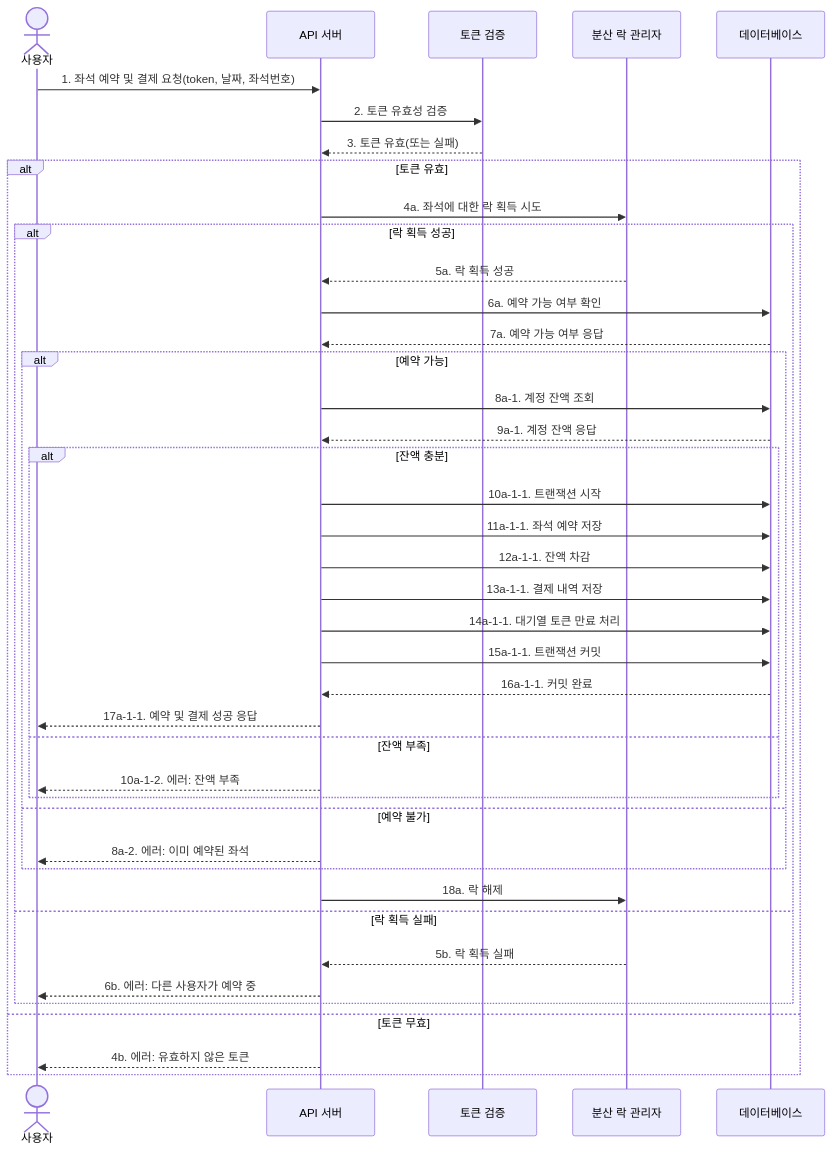
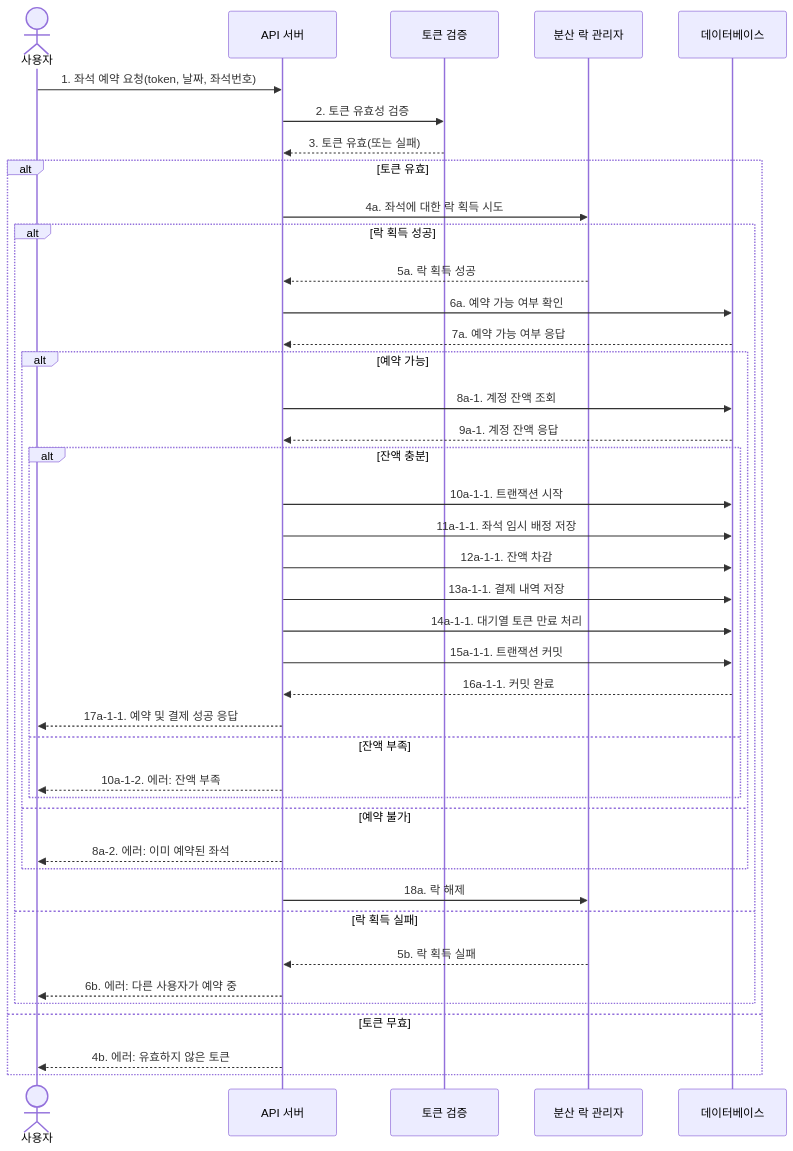
The third of 4 diagrams in docs/architecture.md (emptycircle26/hhplus-server-kotlin), drawn with Mermaid before and after one commit. The commit also changed other lines of this file and 1 other file, not shown here.

Commit message:
[DOC] update architecture documentation for seat reservation API

````diff
--- a/docs/architecture.md
+++ b/docs/architecture.md
@@ -157,48 +159,48 @@
 ```mermaid
 sequenceDiagram
     actor 사용자
     participant API as API 서버
     participant Auth as 토큰 검증
     participant Lock as 분산 락 관리자
     participant DB as 데이터베이스
 
-    사용자->>API: 1. 좌석 예약 및 결제 요청(token, 날짜, 좌석번호)
+    사용자->>API: 1. 좌석 예약 요청(token, 날짜, 좌석번호)
     API->>Auth: 2. 토큰 유효성 검증
     Auth-->>API: 3. 토큰 유효(또는 실패)
     
     alt 토큰 유효
         API->>Lock: 4a. 좌석에 대한 락 획득 시도
         alt 락 획득 성공
             Lock-->>API: 5a. 락 획득 성공
             API->>DB: 6a. 예약 가능 여부 확인
             DB-->>API: 7a. 예약 가능 여부 응답
             
             alt 예약 가능
                 API->>DB: 8a-1. 계정 잔액 조회
                 DB-->>API: 9a-1. 계정 잔액 응답
                 
                 alt 잔액 충분
                     API->>DB: 10a-1-1. 트랜잭션 시작
-                    API->>DB: 11a-1-1. 좌석 예약 저장
+                    API->>DB: 11a-1-1. 좌석 임시 배정 저장
                     API->>DB: 12a-1-1. 잔액 차감
                     API->>DB: 13a-1-1. 결제 내역 저장
                     API->>DB: 14a-1-1. 대기열 토큰 만료 처리
                     API->>DB: 15a-1-1. 트랜잭션 커밋
                     DB-->>API: 16a-1-1. 커밋 완료
                     API-->>사용자: 17a-1-1. 예약 및 결제 성공 응답
                 else 잔액 부족
                     API-->>사용자: 10a-1-2. 에러: 잔액 부족
                 end
             else 예약 불가
                 API-->>사용자: 8a-2. 에러: 이미 예약된 좌석
             end
             
             API->>Lock: 18a. 락 해제
         else 락 획득 실패
             Lock-->>API: 5b. 락 획득 실패
             API-->>사용자: 6b. 에러: 다른 사용자가 예약 중
         end
     else 토큰 무효
         API-->>사용자: 4b. 에러: 유효하지 않은 토큰
     end
 ```
````
